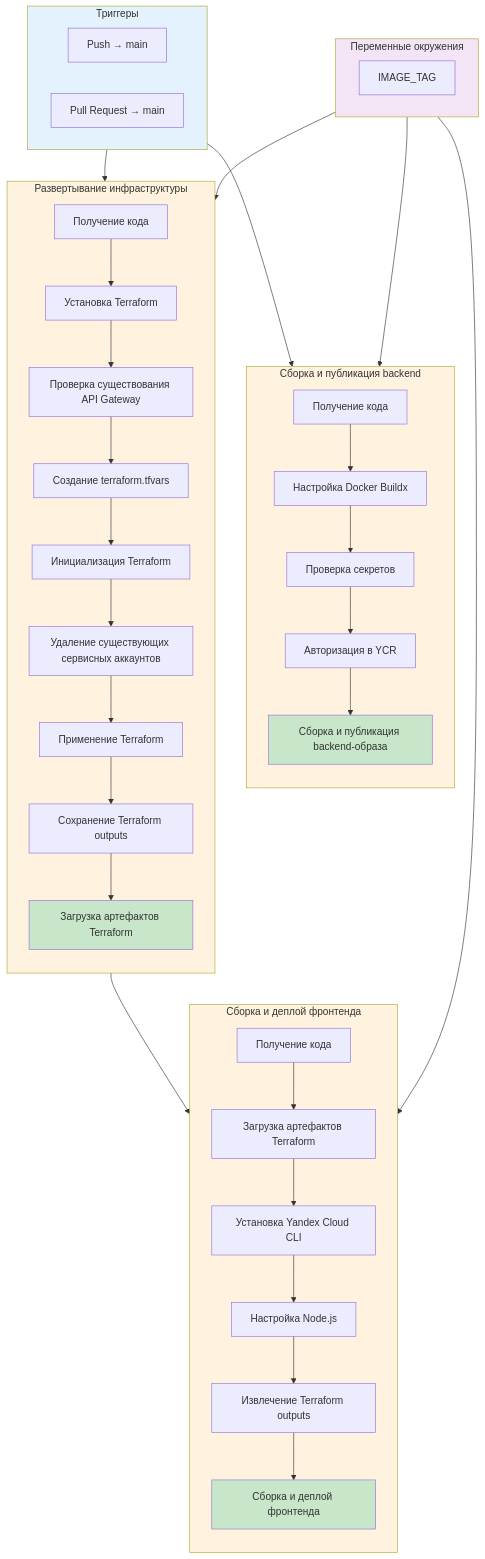
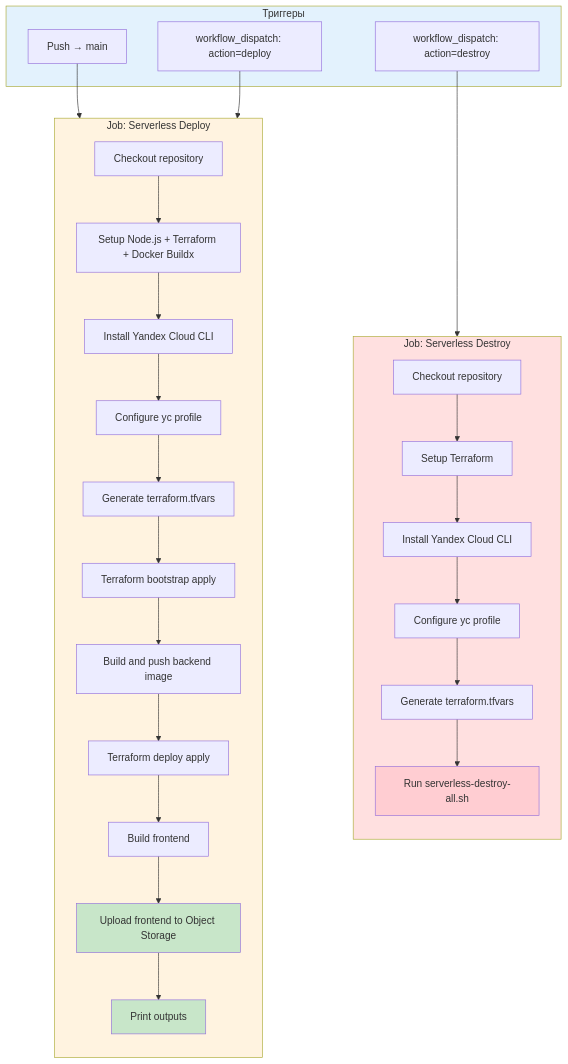
The diagram in .github/workflows/ci.yml.mermaid (UZver24/DevOpsPortfolio), drawn with Mermaid before and after one commit. The commit also changed 2 other files, not shown here.

```diff
--- a/.github/workflows/ci.yml.mermaid
+++ b/.github/workflows/ci.yml.mermaid
@@ -1,61 +1,47 @@
 flowchart TB
 
     subgraph Triggers["Триггеры"]
-        PushEvent[Push → main]
-        Pull_RequestEvent[Pull Request → main]
+        PushMain[Push → main]
+        ManualDeploy[workflow_dispatch: action=deploy]
+        ManualDestroy[workflow_dispatch: action=destroy]
     end
 
-    subgraph Env["Переменные окружения"]
-        IMAGE_TAG[IMAGE_TAG]
+    subgraph DeployJob["Job: Serverless Deploy"]
+        direction TB
+        S1[Checkout repository]
+        S2[Setup Node.js + Terraform + Docker Buildx]
+        S3[Install Yandex Cloud CLI]
+        S4[Configure yc profile]
+        S5[Generate terraform.tfvars]
+        S6[Terraform bootstrap apply]
+        S7[Build and push backend image]
+        S8[Terraform deploy apply]
+        S9[Build frontend]
+        S10[Upload frontend to Object Storage]
+        S11[Print outputs]
+
+        S1 --> S2 --> S3 --> S4 --> S5 --> S6 --> S7 --> S8 --> S9 --> S10 --> S11
     end
 
-    subgraph Job1["Сборка и публикация backend"]
+    subgraph DestroyJob["Job: Serverless Destroy"]
         direction TB
-        A1[Получение кода]
-        A2[Настройка Docker Buildx]
-        A3[Проверка секретов]
-        A4[Авторизация в YCR]
-        A5[Сборка и публикация backend-образа]
-        A1 --> A2 --> A3 --> A4 --> A5
+        D1[Checkout repository]
+        D2[Setup Terraform]
+        D3[Install Yandex Cloud CLI]
+        D4[Configure yc profile]
+        D5[Generate terraform.tfvars]
+        D6[Run serverless-destroy-all.sh]
+
+        D1 --> D2 --> D3 --> D4 --> D5 --> D6
     end
 
-    subgraph Job2["Развертывание инфраструктуры"]
-        direction TB
-        B1[Получение кода]
-        B2[Установка Terraform]
-        B3[Проверка существования API Gateway]
-        B4[Создание terraform.tfvars]
-        B5[Инициализация Terraform]
-        B6[Удаление существующих сервисных аккаунтов]
-        B7[Применение Terraform]
-        B8[Сохранение Terraform outputs]
-        B9[Загрузка артефактов Terraform]
-        B1 --> B2 --> B3 --> B4 --> B5 --> B6 --> B7 --> B8 --> B9
-    end
-
-    subgraph Job3["Сборка и деплой фронтенда"]
-        direction TB
-        C1[Получение кода]
-        C2[Загрузка артефактов Terraform]
-        C3[Установка Yandex Cloud CLI]
-        C4[Настройка Node.js]
-        C5[Извлечение Terraform outputs]
-        C6[Сборка и деплой фронтенда]
-        C1 --> C2 --> C3 --> C4 --> C5 --> C6
-    end
-
-    Triggers --> Job1
-    Triggers --> Job2
-    Job2 --> Job3
-    Env --> Job1
-    Env --> Job2
-    Env --> Job3
+    PushMain --> DeployJob
+    ManualDeploy --> DeployJob
+    ManualDestroy --> DestroyJob
 
     style Triggers fill:#e3f2fd
-    style Env fill:#f3e5f5
-    style Job1 fill:#fff3e0
-    style Job2 fill:#fff3e0
-    style Job3 fill:#fff3e0
-    style A5 fill:#c8e6c9
-    style B9 fill:#c8e6c9
-    style C6 fill:#c8e6c9
+    style DeployJob fill:#fff3e0
+    style DestroyJob fill:#ffe0e0
+    style S10 fill:#c8e6c9
+    style S11 fill:#c8e6c9
+    style D6 fill:#ffcdd2
```
